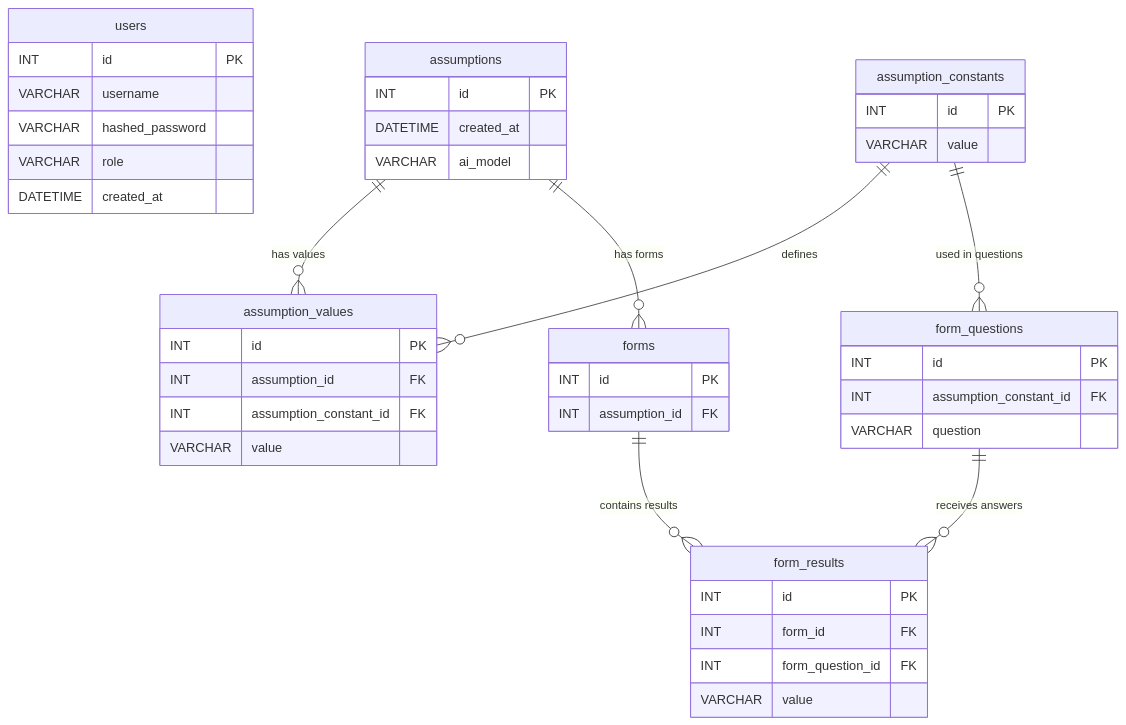
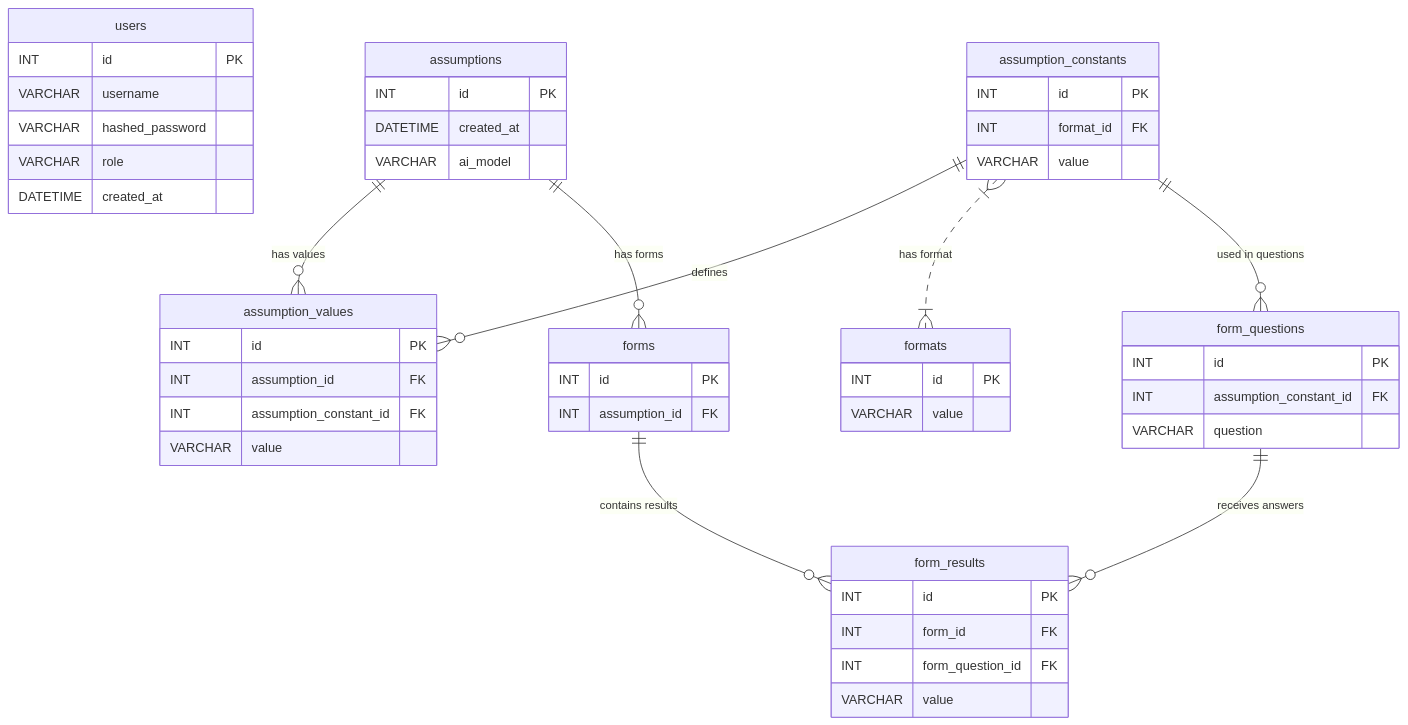
The diagram in docs/database/database_erd.md (Lake3205/AI-photobooth), drawn with Mermaid before and after one commit. The commit also changed 3 other files, not shown here.

````diff
--- a/docs/database/database_erd.md
+++ b/docs/database/database_erd.md
@@ -3,58 +3,63 @@
 ```mermaid
 erDiagram
     users {
         INT id PK
         VARCHAR username 
         VARCHAR hashed_password
         VARCHAR role
         DATETIME created_at
     }
 
     assumptions {
         INT id PK
         DATETIME created_at
         VARCHAR ai_model
     }
 
     assumption_constants {
         INT id PK
+        INT format_id FK
         VARCHAR value
     }
 
     assumption_values {
         INT id PK
         INT assumption_id FK
         INT assumption_constant_id FK
         VARCHAR value
     }
 
     forms {
         INT id PK
         INT assumption_id FK
     }
 
     form_questions {
         INT id PK
         INT assumption_constant_id FK
         VARCHAR question
     }
 
     form_results {
         INT id PK
         INT form_id FK
         INT form_question_id FK
         VARCHAR value
     }
 
-    
+    formats {
+        INT id PK
+        VARCHAR value
+    }
+
     %% Relationships
-    %% assumption_values links assumption <-> constants
     assumptions ||--o{ assumption_values : "has values"
     assumption_constants ||--o{ assumption_values : "defines"
+    
+    assumption_constants }|..|{ formats : "has format"
 
-    %% forms and their questions/results
     assumptions ||--o{ forms : "has forms"
     assumption_constants ||--o{ form_questions : "used in questions"
     form_questions ||--o{ form_results : "receives answers"
     forms ||--o{ form_results : "contains results"
 ```
````
